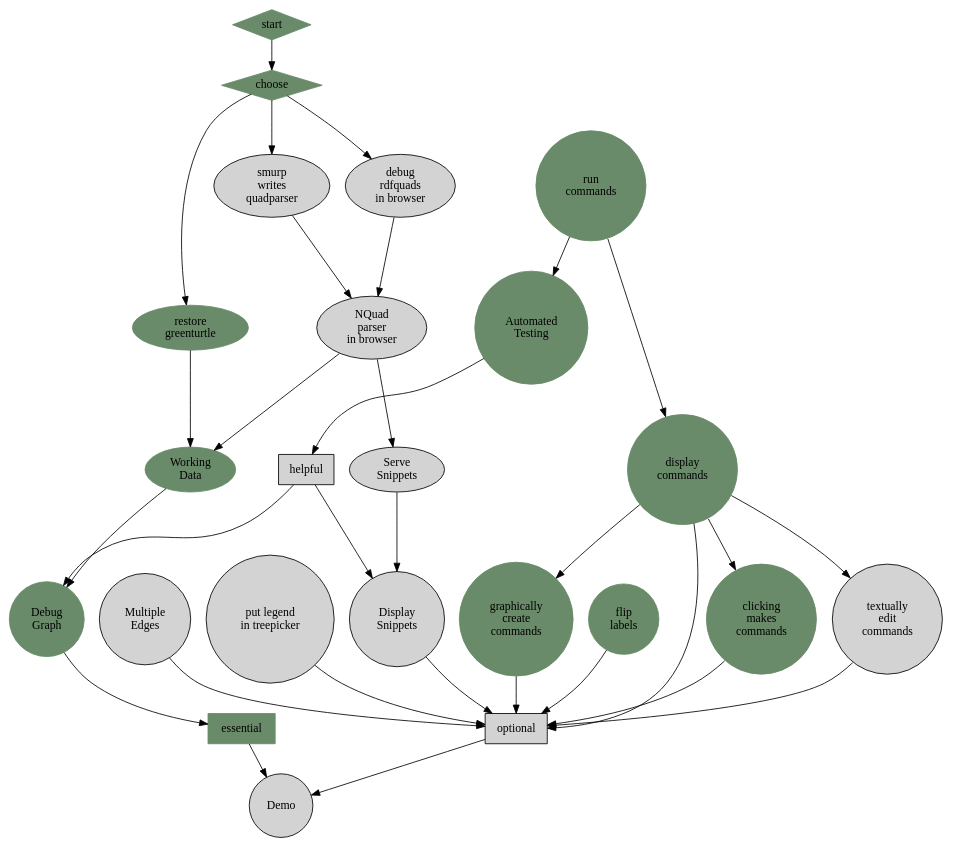
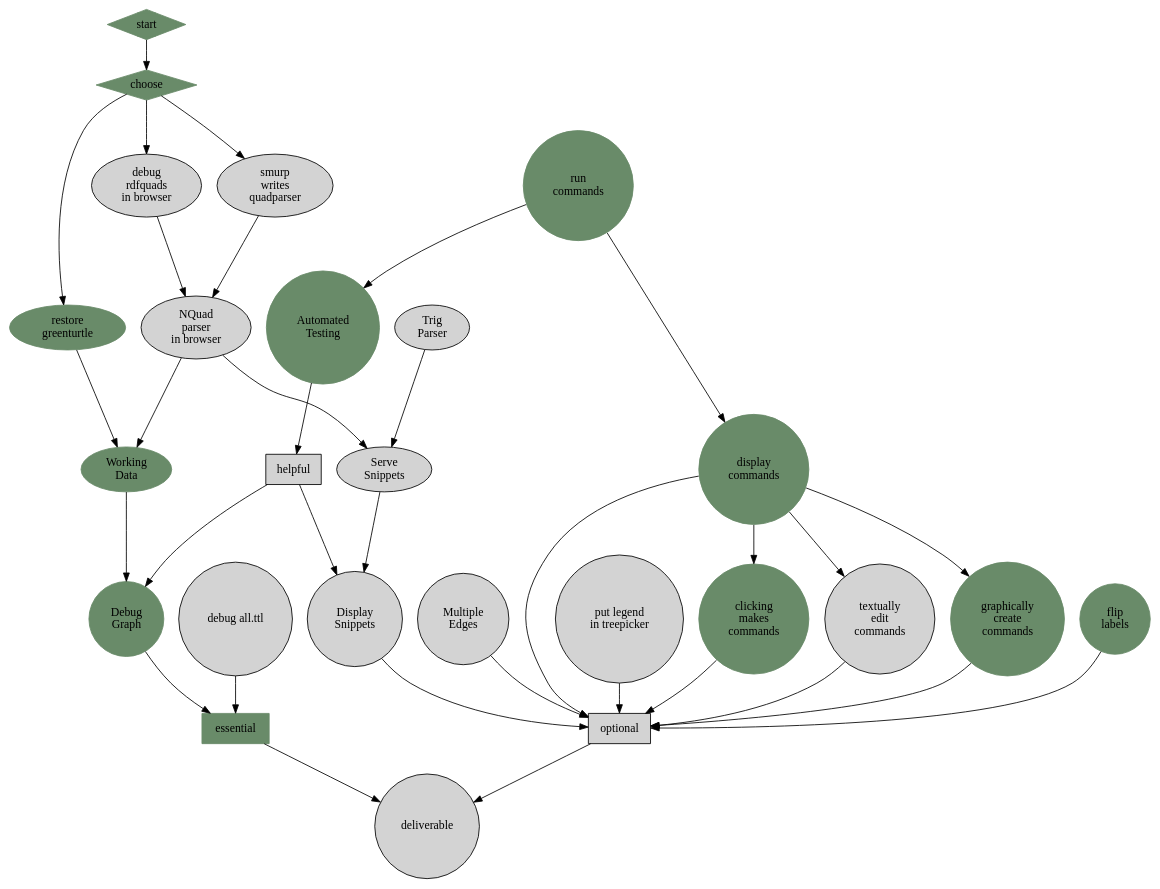
The diagram in docs/dependencies.dot (smurp/huviz), drawn with Graphviz before and after one commit. The commit also changed 1 other file, not shown here.

```diff
--- a/docs/dependencies.dot
+++ b/docs/dependencies.dot
@@ -1,94 +1,100 @@
 /*
 
    dot -T pdf -o dependencies.pdf dependencies.dot
    dot -T svg -o dependencies.svg dependencies.dot 
 
    See:
      http://www.graphviz.org/content/cluster
 
    NODE_A   enables   NODE_B;
    serve      ->      display;
 */
 
 digraph huviz_plan {
 	node [ style = filled ];
 	randkdir=LR;
 
 	subgraph qp {
 		 color=lightgrey;
 		 style=filled;
 		 label="NQuad parser";
 		 rdfquads;
 		 smurpquads;
 		 greenturtle;
 	}
 
         rdfquads[label="debug\nrdfquads\nin browser"];
 	smurpquads[label="smurp\nwrites\nquadparser"];
 
 	smurpquads -> quadpars;
 	rdfquads -> quadpars;
 	quadpars[label="NQuad\nparser\nin browser"];
 	greenturtle[label="restore\ngreenturtle",color=darkseagreen4];
 	greenturtle -> workdata;
 	
 	workdata[label="Working\nData",color=darkseagreen4];
 	start[shape=Mdiamond,color=darkseagreen4];
 	pickpath[label="choose",shape=diamond,color=darkseagreen4];
 	start -> pickpath;
 	pickpath -> smurpquads;
 	pickpath -> rdfquads;
 	pickpath -> greenturtle;
 	quadpars -> workdata;
 
+	trigparser[label="Trig\nParser"];
+	trigparser -> servsnip;
 	quadpars -> servsnip;
 
 	node [shape = circle];
 	dg[label="Debug\nGraph",color=darkseagreen4];
         testing[label="Automated\nTesting",color=darkseagreen4];
         essential[color=darkseagreen4,shape=rect];
 	helpful[shape=rect];
 	optional[shape=rect];
-	essential -> Demo;
-	optional -> Demo;
+        
+	essential -> deliverable;
+	optional -> deliverable;
 	dispsnip -> optional;
 	
 	workdata -> dg;
 
 	servsnip -> dispsnip;
 	
 	dispsnip[label="Display\nSnippets"];
     	servsnip[label="Serve\nSnippets"];
 	me[label="Multiple\nEdges"];
+        dbgall[label="debug all.ttl"];
+
+        dbgall -> essential;
 	dg -> essential;
 	me -> optional;
 	runcom[label="run\ncommands",color=darkseagreen4];
 	runcom -> dispcom;
         runcom -> testing;
         testing -> helpful;
 	helpful -> dispsnip;
         helpful -> dg;
 
 	treepicklegend[label="put legend\nin treepicker"];
         treepicklegend -> optional;
 
 	dispcom[label="display\ncommands",color=darkseagreen4];
 
 	clkcom[label="clicking\nmakes\ncommands",color=darkseagreen4];
 	dispcom -> clkcom;
 
 	txtedcom[label="textually\nedit\ncommands"];
         dispcom -> txtedcom;
 
 	gredcom[label="graphically\ncreate\ncommands",color=darkseagreen4];
 	dispcom -> gredcom;
 	
 	fliplabels[label="flip\nlabels",color=darkseagreen4];
         fliplabels  -> optional;
 
 	dispcom -> optional;
 	txtedcom -> optional;
 	gredcom -> optional;
 	clkcom -> optional;
 
 }
```
